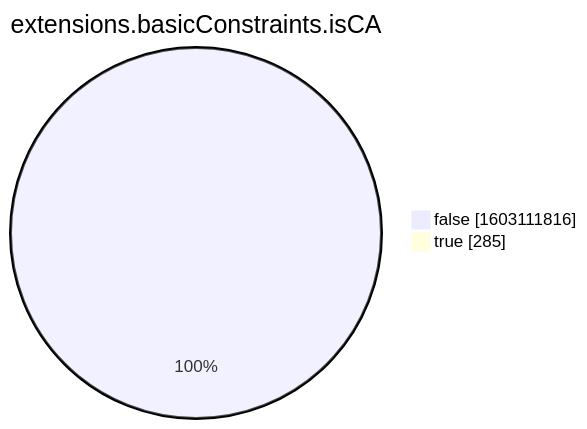
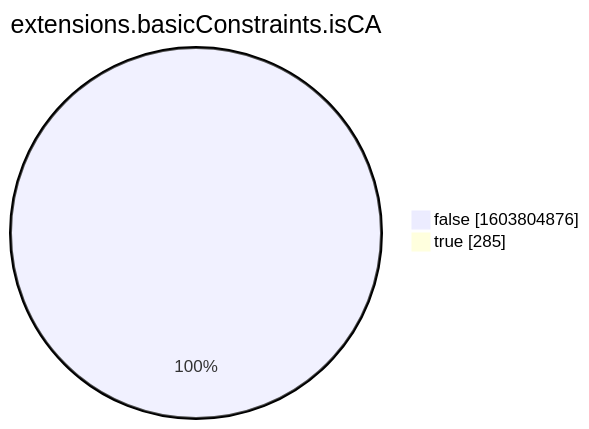
Before and after one commit to christiankrug/ctmonitor_visualization: the eighth of 15 diagrams in xenon2022/README.md, drawn with Mermaid. The commit also changed other lines of this file, not shown here.

````diff
--- a/xenon2022/README.md
+++ b/xenon2022/README.md
@@ -2862,6 +2862,6 @@
 ```mermaid
 pie showData
 title extensions.basicConstraints.isCA
-"false" :1603111816
+"false" :1603804876
 "true" :285
 ```
````
